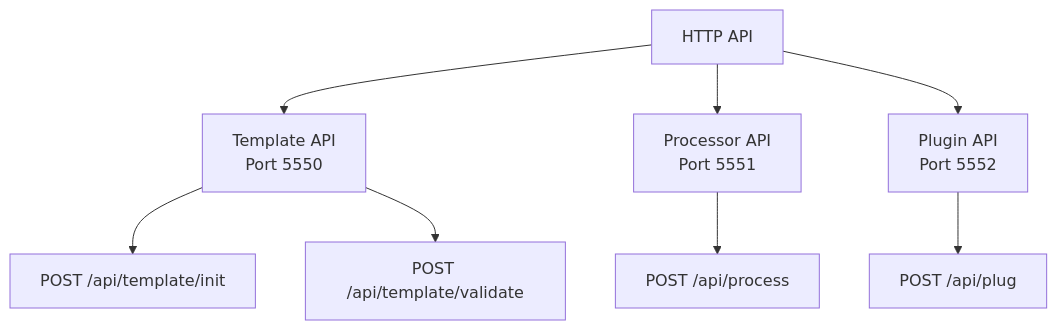
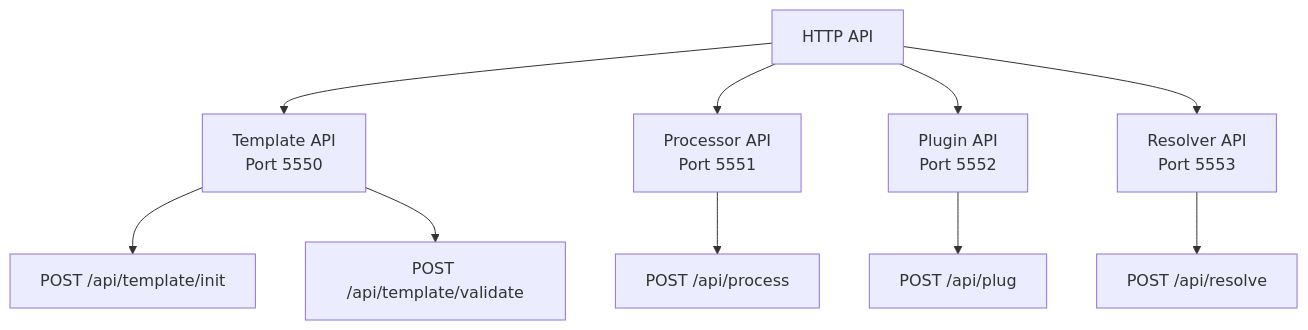
The diagram in docs/developer/surfaces/api/00-README.md (AtomiCloud/sulfone.helium), drawn with Mermaid before and after one commit. The commit also changed other lines of this file and 5 other files, not shown here.

````diff
--- a/docs/developer/surfaces/api/00-README.md
+++ b/docs/developer/surfaces/api/00-README.md
@@ -11,10 +12,12 @@
 ```mermaid
 flowchart TD
     A[HTTP API] --> B[Template API<br/>Port 5550]
     A --> C[Processor API<br/>Port 5551]
     A --> D[Plugin API<br/>Port 5552]
-    B --> E[POST /api/template/init]
-    B --> F[POST /api/template/validate]
-    C --> G[POST /api/process]
-    D --> H[POST /api/plug]
+    A --> E[Resolver API<br/>Port 5553]
+    B --> F[POST /api/template/init]
+    B --> G[POST /api/template/validate]
+    C --> H[POST /api/process]
+    D --> I[POST /api/plug]
+    E --> J[POST /api/resolve]
 ```
````
